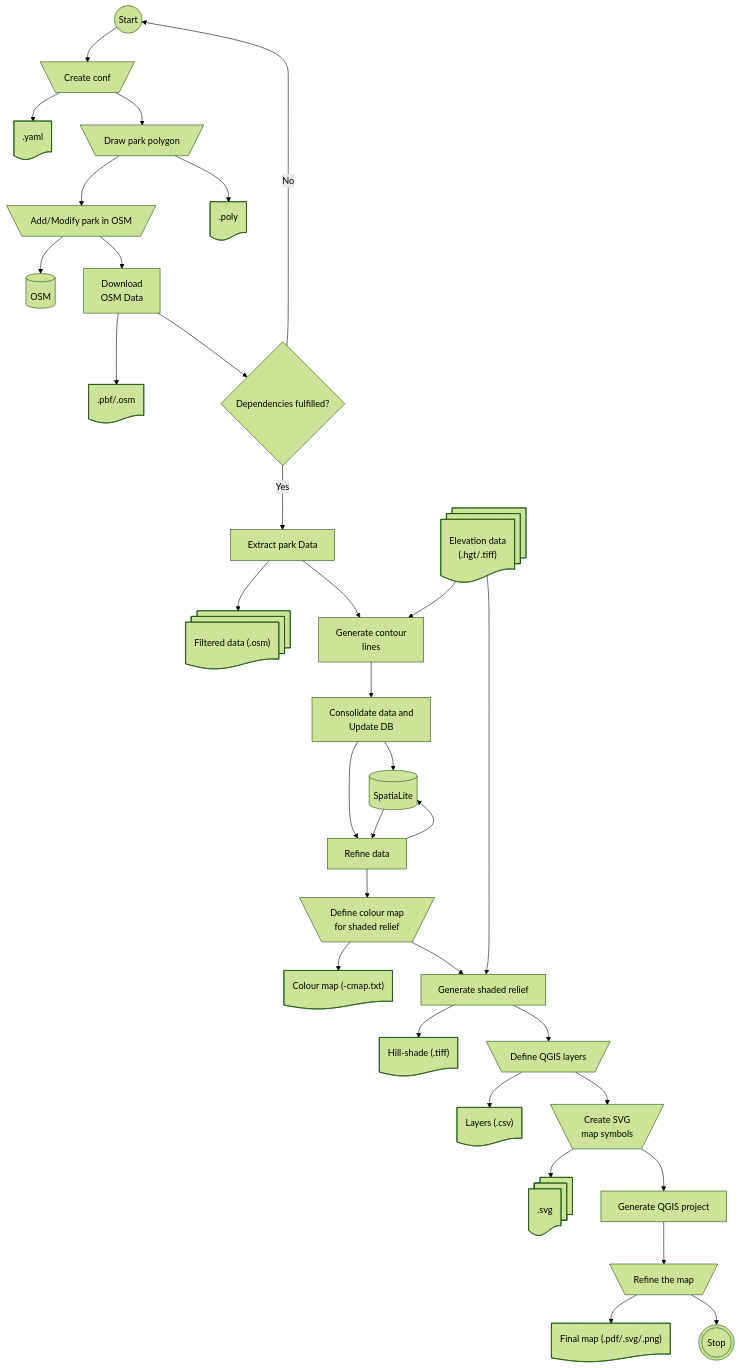
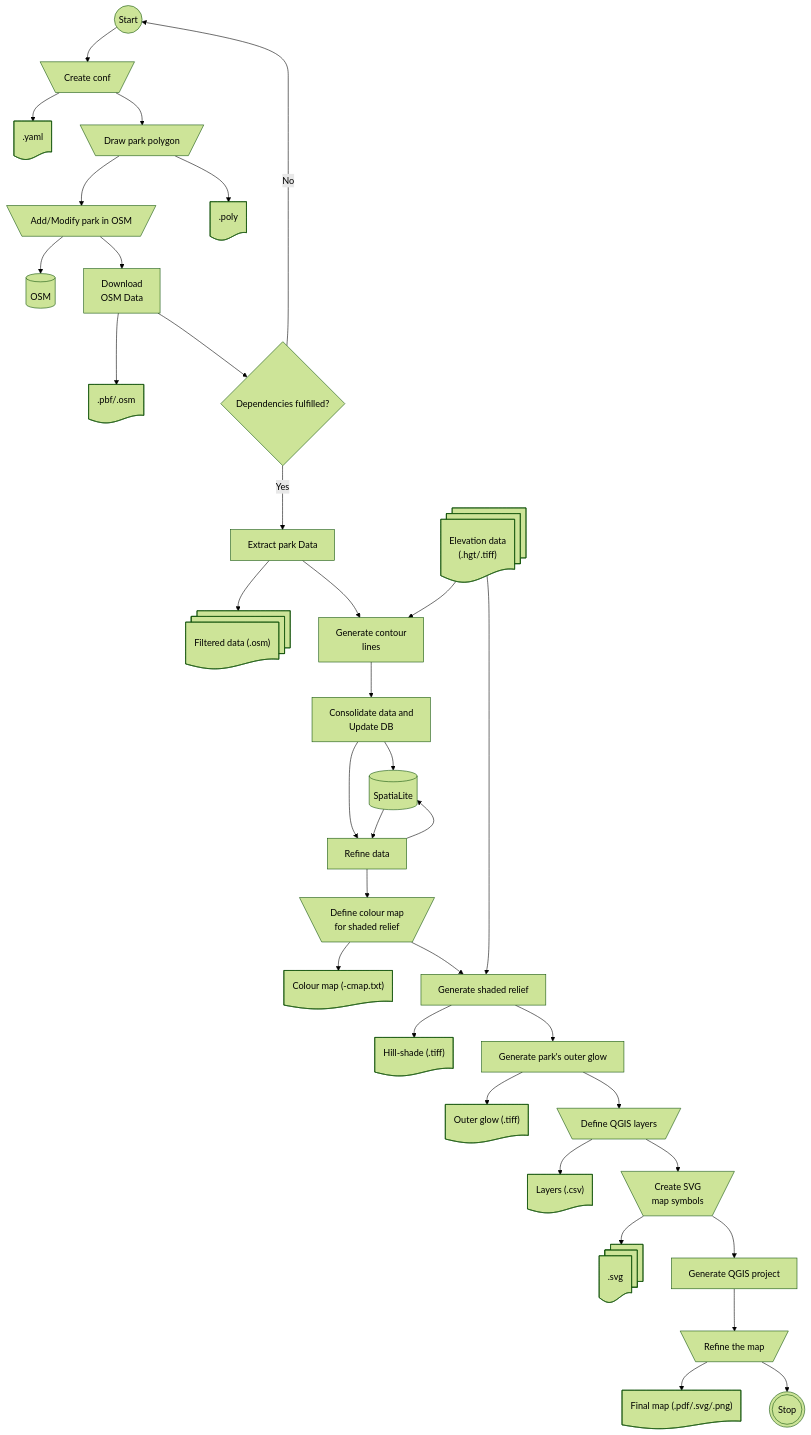
Before and after one commit to supunj/sl-np-mapping: the diagram in README.md, drawn with Mermaid. The commit also changed other lines of this file and 6 other files, not shown here.

````diff
--- a/README.md
+++ b/README.md
@@ -47,65 +47,69 @@
 ```mermaid
     %%{init: {'theme':'forest'}}%%
         flowchart TD
             start@{ shape: circle, label: "Start" }
             create_conf@{ shape: trap-t, label: "Create conf" }
             conf_yaml@{ shape: doc, label: ".yaml" }
             osm_mapping@{ shape: trap-t, label: "Add/Modify park in OSM" }
             park_poly_create@{ shape: trap-t, label: "Draw park polygon" }
             park_poly@{ shape: doc, label: ".poly" }
             osm_db@{ shape: cyl, label: "OSM" }
             osm_download@{ shape: rect, label: "Download \n OSM Data" }
             osm_data@{ shape: doc, label: ".pbf/.osm" }
             extract_park_data@{ shape: rect, label: "Extract park Data" }
             filtered_osm_data@{ shape: docs, label: "Filtered data (.osm)" }
             elevation_data@{ shape: docs, label: "Elevation data \n (.hgt/.tiff)" }
             gen_contour_lines@{ shape: rect, label: "Generate contour \n lines" }
             update_db@{ shape: rect, label: "Consolidate data and \n Update DB" }
             spatialite@{ shape: cyl, label: "SpatiaLite" }
             refine_data@{ shape: rect, label: "Refine data" }
             define_cmap_for_hill_shade@{ shape: trap-t, label: "Define colour map \n for shaded relief" }
             cmap_for_hill_shade@{ shape: doc, label: "Colour map (-cmap.txt)" }
             generate_shaded_relief@{ shape: rect, label: "Generate shaded relief" }
             hill_shade_raster@{ shape: doc, label: "Hill-shade (.tiff)" }
+            generate_park_outer_glow@{ shape: rect, label: "Generate park's outer glow" }
+            outer_glow_raster@{ shape: doc, label: "Outer glow (.tiff)" }
             define_qgis_layers@{ shape: trap-t, label: "Define QGIS layers" }
             qgis_layer_definitions@{ shape: doc, label: "Layers (.csv)" }
             create_map_symbols@{ shape: trap-t, label: "Create SVG \n map symbols" }
             map_symbols@{ shape: docs, label: ".svg" }
             generate_qgis_project@{ shape: rect, label: "Generate QGIS project" }
             refine_qgis_project@{ shape: trap-t, label: "Refine the map" }
             final_map@{ shape: doc, label: "Final map (.pdf/.svg/.png)" }
             stop@{ shape: dbl-circ, label: "Stop" }
             
             start --> create_conf
             create_conf --> conf_yaml
             create_conf --> park_poly_create
             park_poly_create --> park_poly
             park_poly_create --> osm_mapping            
             osm_mapping --> osm_db
             osm_mapping --> osm_download
             osm_download --> osm_data
             osm_download --> dependencies{Dependencies fulfilled?}
             dependencies --> |Yes| extract_park_data
             dependencies --> |No| start
             extract_park_data --> filtered_osm_data
             extract_park_data --> gen_contour_lines
             gen_contour_lines --> update_db
             elevation_data --> gen_contour_lines
             update_db --> spatialite
             update_db --> refine_data
             spatialite --> refine_data
             refine_data --> spatialite
             refine_data --> define_cmap_for_hill_shade
             define_cmap_for_hill_shade --> cmap_for_hill_shade
             define_cmap_for_hill_shade --> generate_shaded_relief
             elevation_data --> generate_shaded_relief
             generate_shaded_relief --> hill_shade_raster
-            generate_shaded_relief --> define_qgis_layers
+            generate_shaded_relief --> generate_park_outer_glow
+            generate_park_outer_glow --> outer_glow_raster
+            generate_park_outer_glow --> define_qgis_layers
             define_qgis_layers --> qgis_layer_definitions            
             define_qgis_layers --> create_map_symbols
             create_map_symbols --> map_symbols
             create_map_symbols --> generate_qgis_project            
             generate_qgis_project --> refine_qgis_project
             refine_qgis_project --> final_map
             refine_qgis_project --> stop
    ```
````
